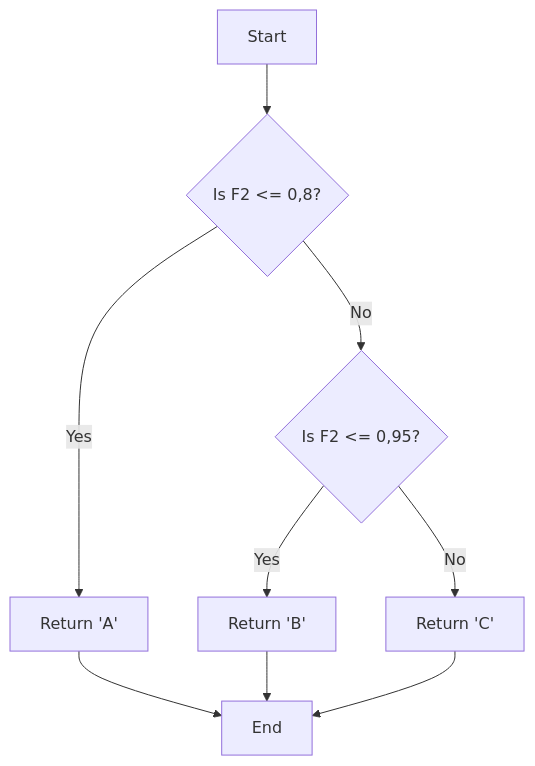
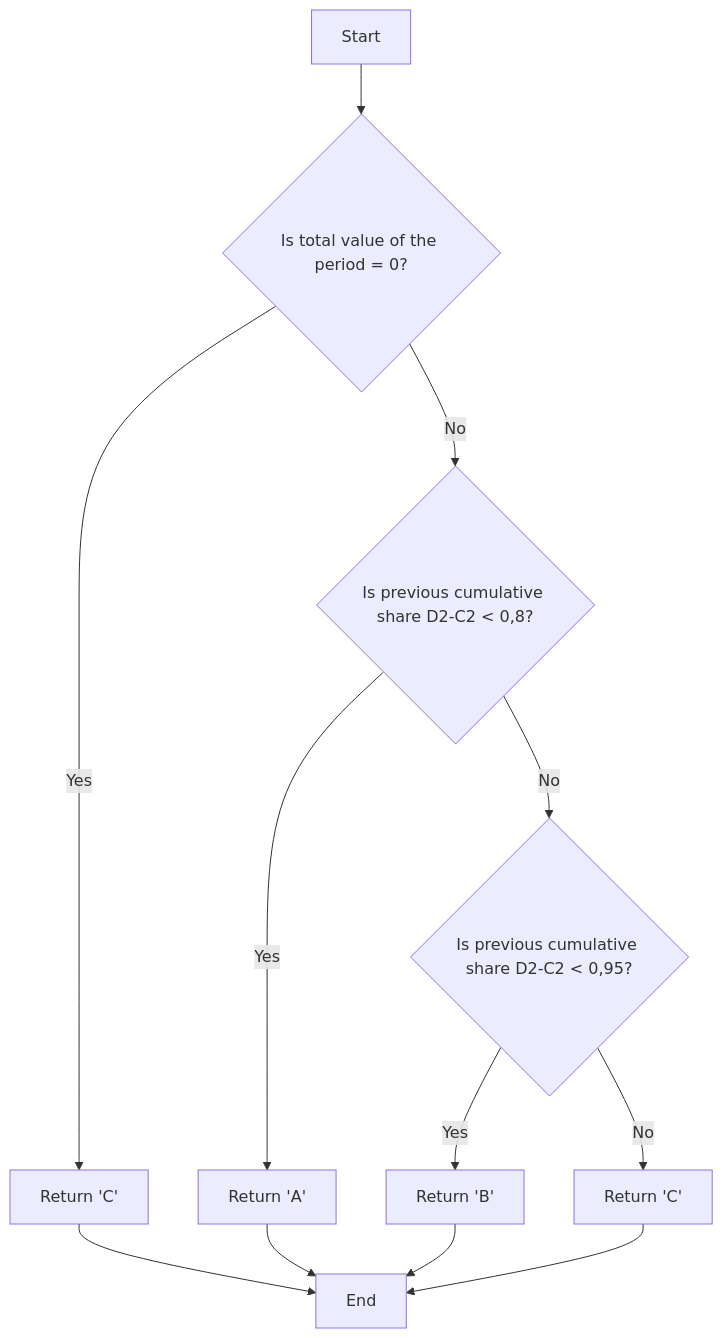
The first of 2 diagrams in ABC_XYZ_Analysis_EN.md (zbigniew-galar/univ), drawn with Mermaid before and after one commit. The commit also changed other lines of this file, not shown here.

````diff
--- a/ABC_XYZ_Analysis_EN.md
+++ b/ABC_XYZ_Analysis_EN.md
@@ -19,11 +25,14 @@
 ``` mermaid
 flowchart TD
-    A[Start] --> B{Is F2 <= 0,8?}
+    A[Start] --> T{"Is total value of the period = 0?"}
+    T -- Yes --> C0["Return 'C'"]
+    T -- No --> B{"Is previous cumulative share D2-C2 < 0,8?"}
     B -- Yes --> CatA["Return 'A'"]
-    B -- No --> C{Is F2 <= 0,95?}
+    B -- No --> C{"Is previous cumulative share D2-C2 < 0,95?"}
     C -- Yes --> CatB["Return 'B'"]
     C -- No --> CatC["Return 'C'"]
-    CatA --> End[End]
+    C0 --> End[End]
+    CatA --> End
     CatB --> End
     CatC --> End
 ```
````
